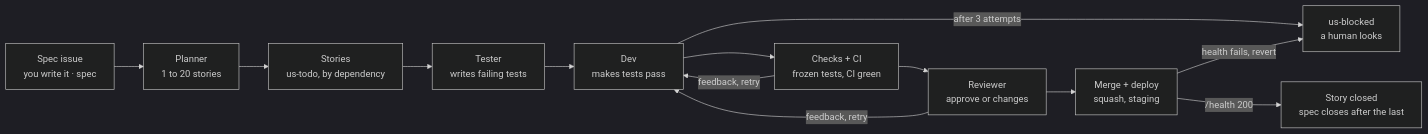
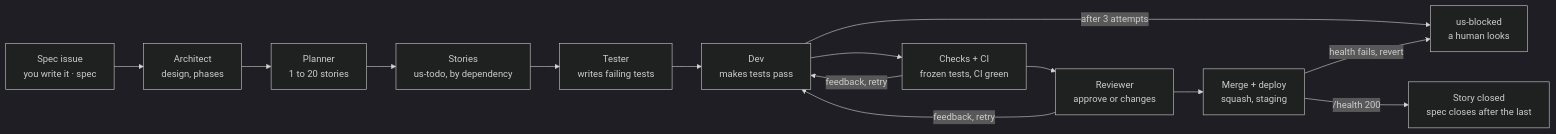
One commit to GrocWilliam/mustafar changed the diagram in docs/functional-guide.md. Above: the diagram before and after it, drawn with Mermaid (dark theme). The commit also changed other lines of this file and 9 other files, not shown here.

First line of the commit message:
feat(architect): design each spec before it is planned

````diff
--- a/docs/functional-guide.md
+++ b/docs/functional-guide.md
@@ -53,15 +54,16 @@
 ```mermaid
 flowchart LR
-    S["Spec issue<br/>you write it · spec"] --> P["Planner<br/>1 to 20 stories"]
+    S["Spec issue<br/>you write it · spec"] --> A["Architect<br/>design, phases"]
+    A --> P["Planner<br/>1 to 20 stories"]
     P --> Q["Stories<br/>us-todo, by dependency"]
     Q --> T["Tester<br/>writes failing tests"]
     T --> D["Dev<br/>makes tests pass"]
     D --> C["Checks + CI<br/>frozen tests, CI green"]
     C --> R["Reviewer<br/>approve or changes"]
     R --> M["Merge + deploy<br/>squash, staging"]
     C -->|feedback, retry| D
     R -->|feedback, retry| D
     D -->|after 3 attempts| B["us-blocked<br/>a human looks"]
     M -->|health fails, revert| B
     M -->|/health 200| DONE["Story closed<br/>spec closes after the last"]
 ```
````
